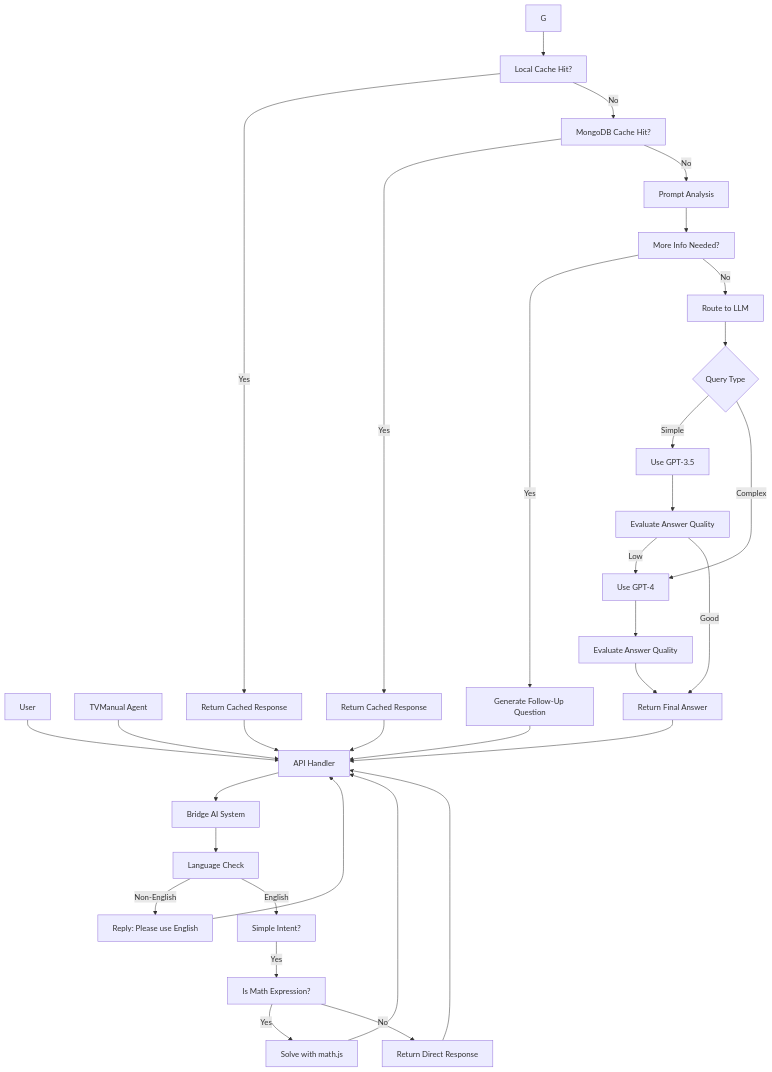
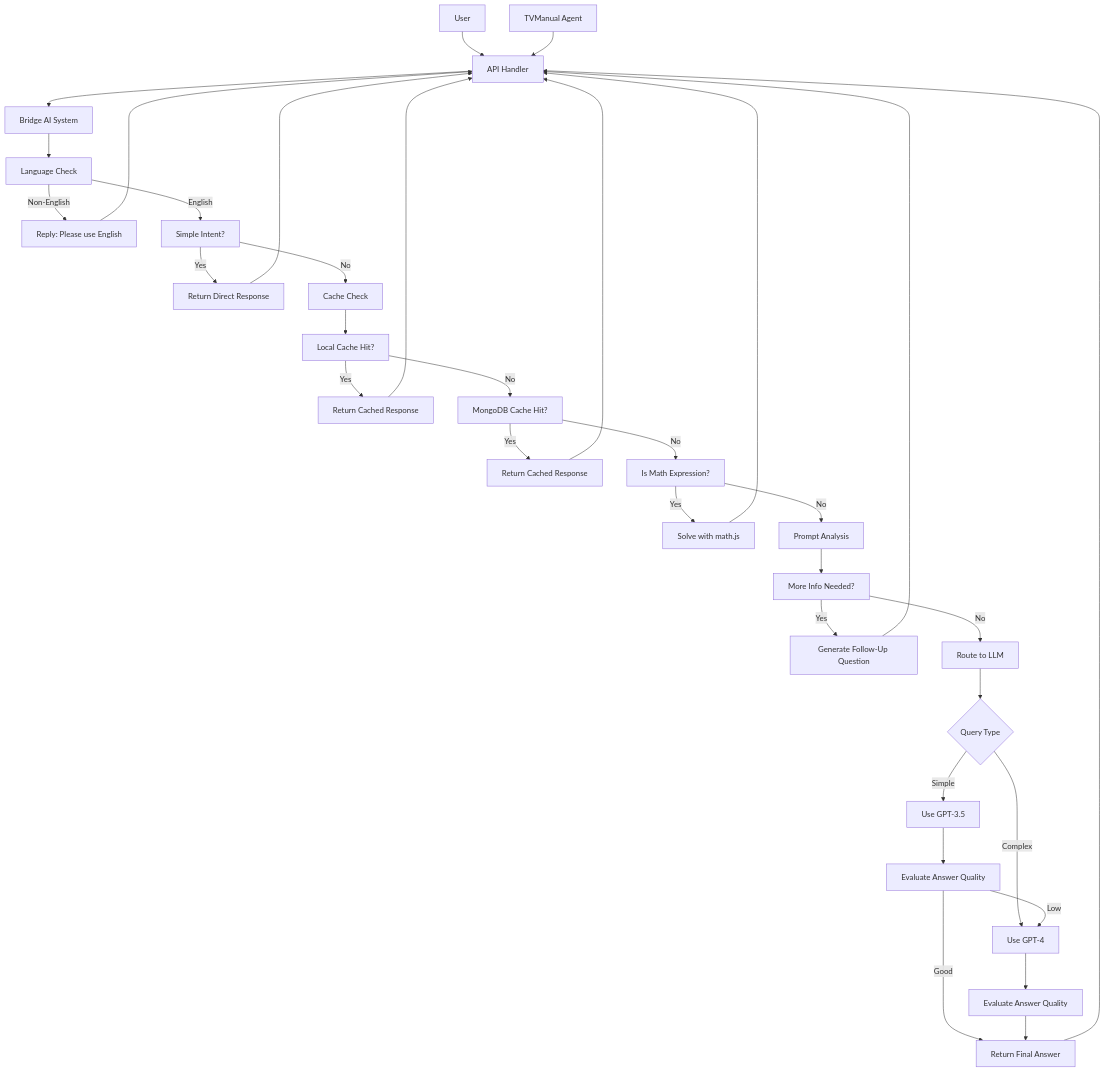
One commit to yana-g/bridge-ai changed the diagram in llm_bridge/README.md. Above: the diagram before and after it, drawn with Mermaid.

Commit message:
Update llm_bridge README

````diff
--- a/llm_bridge/README.md
+++ b/llm_bridge/README.md
@@ -42,47 +42,48 @@
 ```mermaid
 flowchart TD
     A1[User]
     A2[TVManual Agent]
 
     A1 --> B[API Handler]
     A2 --> B
 
     B --> C[Bridge AI System]
 
     C --> D[Language Check]
     D -->|Non-English| D1[Reply: Please use English]
     D -->|English| E[Simple Intent?]
-    E -->|Yes| F[Is Math Expression?]
-    F -->|Yes| F1[Solve with math.js]
-    F1 --> B
-    F -->|No| E1[Return Direct Response]
+    E -->|Yes| E1[Return Direct Response]
+    E -->|No| F[Cache Check]
 
-    G --> G1[Local Cache Hit?]
-    G1 -->|Yes| G2[Return Cached Response]
-    G1 -->|No| G3[MongoDB Cache Hit?]
-    G3 -->|Yes| G4[Return Cached Response]
-    G3 -->|No| H[Prompt Analysis]
+    F --> F1[Local Cache Hit?]
+    F1 -->|Yes| F2[Return Cached Response]
+    F1 -->|No| F3[MongoDB Cache Hit?]
+    F3 -->|Yes| F4[Return Cached Response]
+    F3 -->|No| G[Is Math Expression?]
 
+    G -->|Yes| G1[Solve with math.js]
+    G1 --> B
+
+    G -->|No| H[Prompt Analysis]
     H --> H1[More Info Needed?]
     H1 -->|Yes| H2[Generate Follow-Up Question]
     H2 --> B
     H1 -->|No| I[Route to LLM]
 
     I --> I1{Query Type}
     I1 -->|Simple| J[Use GPT-3.5]
     I1 -->|Complex| K[Use GPT-4]
 
     J --> J1[Evaluate Answer Quality]
     J1 -->|Low| K
     J1 -->|Good| L[Return Final Answer]
 
     K --> K1[Evaluate Answer Quality]
     K1 --> L
 
-    %% Return paths to API
     D1 --> B
     E1 --> B
-    G2 --> B
-    G4 --> B
+    F2 --> B
+    F4 --> B
     L --> B
 ```
````
